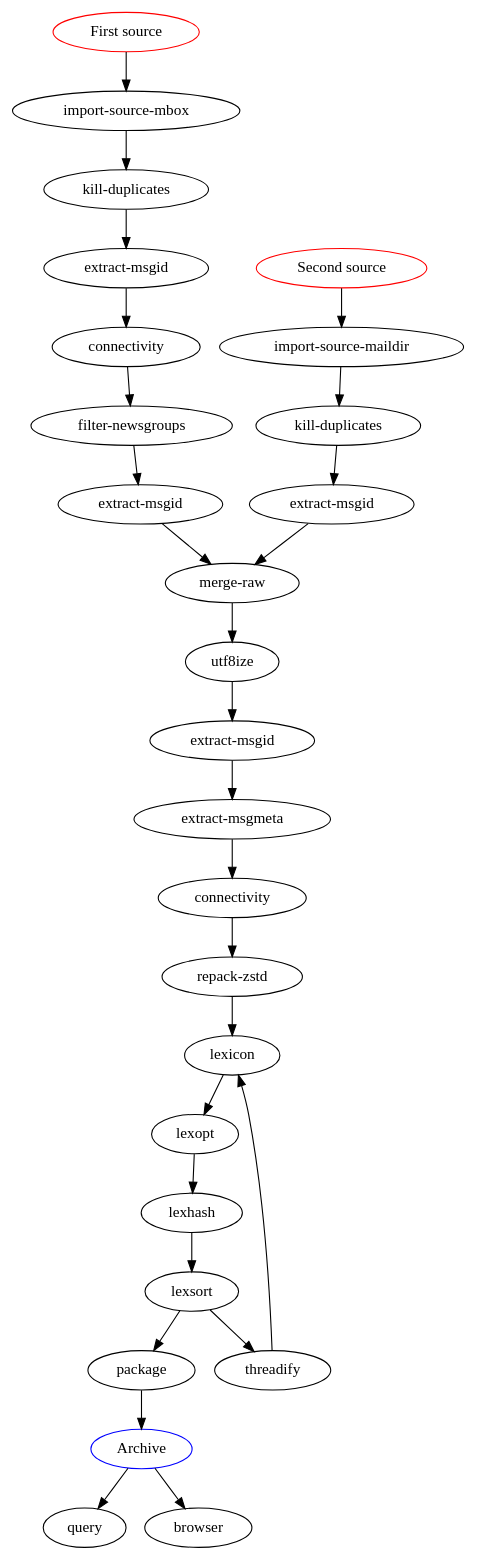
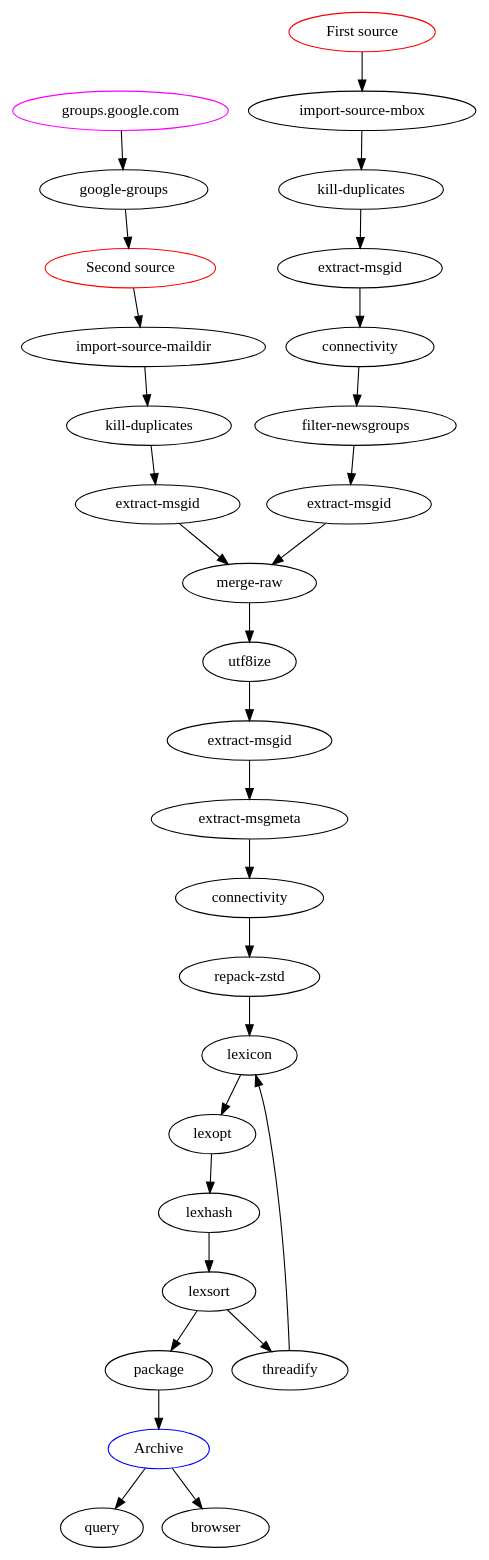
The diagram in doc/pipeline.dot (wolfpld/usenetarchive), drawn with Graphviz before and after one commit. The commit also changed 2 other files, not shown here.

Commit message:
Document google-groups.

```diff
--- a/doc/pipeline.dot
+++ b/doc/pipeline.dot
@@ -1,50 +1,55 @@
 digraph
 {
+    ggsrc[label="groups.google.com", color=magenta];
+    gg[label="google-groups"];
+
     src1[label="First source", color=red];
     src2[label="Second source", color=red];
     dst1[label="Archive", color=blue];
 
     mbox[label="import-source-mbox"];
     maildir[label="import-source-maildir"];
 
     kill1[label="kill-duplicates"];
     kill2[label="kill-duplicates"];
 
     msgid1[label="extract-msgid"];
     msgid2[label="extract-msgid"];
     msgid3[label="extract-msgid"];
     msgid4[label="extract-msgid"];
     conn2[label="connectivity"];
 
     filter[label="filter-newsgroups"];
     merge[label="merge-raw"];
     msgmeta[label="extract-msgmeta"];
     repack[label="repack-zstd"];
 
+    ggsrc -> gg;
+    gg -> src2;
     src1 -> mbox;
     src2 -> maildir;
     mbox -> kill1;
     maildir -> kill2;
     kill1 -> msgid4;
     msgid4 -> conn2;
     conn2 -> filter;
     filter -> msgid1;
     kill2 -> msgid2;
     msgid1 -> merge;
     msgid2 -> merge;
     merge -> utf8ize;
     utf8ize -> msgid3;
     msgid3 -> msgmeta;
     msgmeta -> connectivity;
     connectivity -> repack;
     repack -> lexicon;
     lexicon -> lexopt;
     lexopt -> lexhash;
     lexhash -> lexsort;
     lexsort -> package;
     package -> dst1;
     dst1 -> query;
     dst1 -> browser;
     lexsort -> threadify;
     threadify -> lexicon;
 }
```
